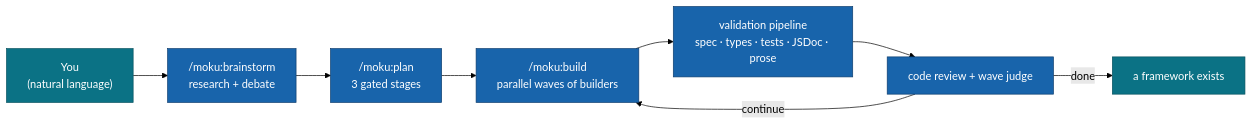
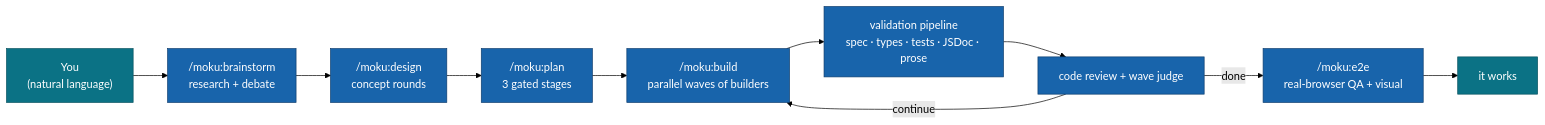
One commit to moku-labs/claude changed the diagram in README.md. Above: the diagram before and after it, drawn with Mermaid (forest theme). The commit also changed other lines of this file, not shown here.

First line of the commit message:
docs(readme): document design + e2e commands and the new agents/skills

````diff
--- a/README.md
+++ b/README.md
@@ -54,14 +54,16 @@
 ```mermaid
 flowchart LR
   U["You<br/>(natural language)"] --> BS["/moku:brainstorm<br/>research + debate"]
-  BS --> P["/moku:plan<br/>3 gated stages"]
+  BS --> D["/moku:design<br/>concept rounds"]
+  D --> P["/moku:plan<br/>3 gated stages"]
   P --> B["/moku:build<br/>parallel waves of builders"]
   B --> V["validation pipeline<br/>spec · types · tests · JSDoc · prose"]
   V --> R["code review + wave judge"]
   R -->|"continue"| B
-  R -->|"done"| S["a framework exists"]
+  R -->|"done"| E["/moku:e2e<br/>real-browser QA + visual"]
+  E --> S["it works"]
   classDef u fill:#0b7285,stroke:#08525f,color:#fff;
   classDef m fill:#1864ab,stroke:#0d3d6e,color:#fff;
   class U,S u
-  class BS,P,B,V,R m
+  class BS,D,P,B,V,R,E m
 ```
````
